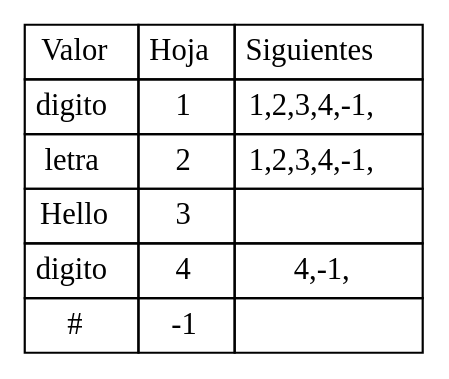
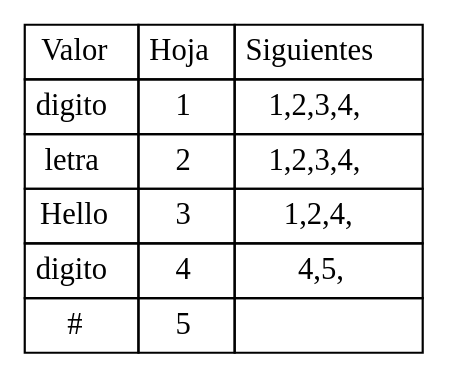
Before and after one commit to diegomazariegos2002/OLC1-P1-202003975: the diagram in OLC1-P1-202003975/decimal_TablaSiguientes.dot, drawn with Graphviz. The commit also changed 50 other files, not shown here.

```diff
--- a/OLC1-P1-202003975/decimal_TablaSiguientes.dot
+++ b/OLC1-P1-202003975/decimal_TablaSiguientes.dot
@@ -1,20 +1,20 @@
 digraph html { 
 abc [shape=none, margin=0, label=< 
 <TABLE BORDER="0" CELLBORDER="1" CELLSPACING="0" CELLPADDING="4">
 <TR><TD>Valor</TD><TD>Hoja</TD><TD>Siguientes</TD></TR>
 <TR>
-<TD>digito</TD><TD>1</TD><TD>1,2,3,4,-1,</TD>
+<TD>digito</TD><TD>1</TD><TD>1,2,3,4,</TD>
 </TR>
 <TR>
-<TD>letra</TD><TD>2</TD><TD>1,2,3,4,-1,</TD>
+<TD>letra</TD><TD>2</TD><TD>1,2,3,4,</TD>
 </TR>
 <TR>
-<TD>Hello</TD><TD>3</TD><TD></TD>
+<TD>Hello</TD><TD>3</TD><TD>1,2,4,</TD>
 </TR>
 <TR>
-<TD>digito</TD><TD>4</TD><TD>4,-1,</TD>
+<TD>digito</TD><TD>4</TD><TD>4,5,</TD>
 </TR>
 <TR>
-<TD>#</TD><TD>-1</TD><TD></TD>
+<TD>#</TD><TD>5</TD><TD></TD>
 </TR>    </TABLE>>];
 }
```
